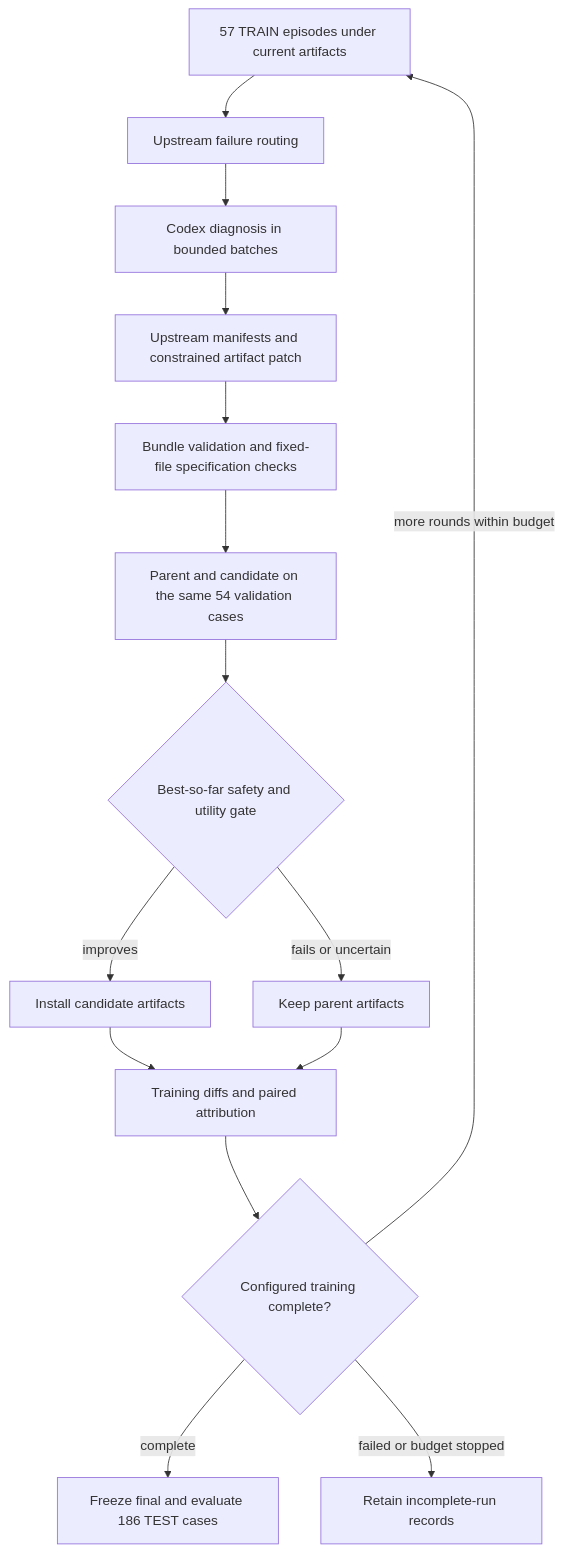
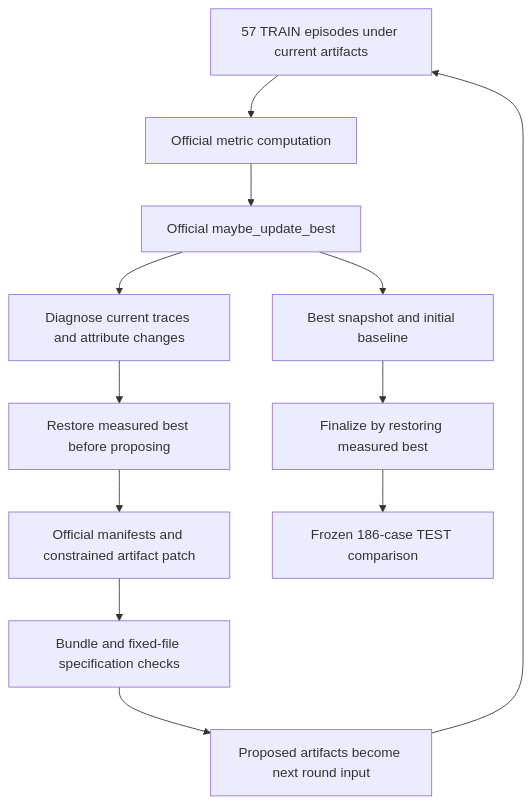
The diagram in docs/methods/she.md (andylinx/hermit), drawn with Mermaid before and after one commit. The commit also changed other lines of this file and 10 other files, not shown here.

Commit message:
Use official SHE TRAIN metrics and best-harness selection lifecycle

````diff
--- a/docs/methods/she.md
+++ b/docs/methods/she.md
@@ -14,17 +14,14 @@
 ```mermaid
 flowchart TD
-  A[57 TRAIN episodes under current artifacts] --> B[Upstream failure routing]
-  B --> C[Codex diagnosis in bounded batches]
-  C --> D[Upstream manifests and constrained artifact patch]
-  D --> E[Bundle validation and fixed-file specification checks]
-  E --> F[Parent and candidate on the same 54 validation cases]
-  F --> G{Best-so-far safety and utility gate}
-  G -->|improves| H[Install candidate artifacts]
-  G -->|fails or uncertain| I[Keep parent artifacts]
-  H --> J[Training diffs and paired attribution]
-  I --> J
-  J --> R{Configured training complete?}
-  R -->|more rounds within budget| A
-  R -->|complete| K[Freeze final and evaluate 186 TEST cases]
-  R -->|failed or budget stopped| L[Retain incomplete-run records]
+  A[57 TRAIN episodes under current artifacts] --> B[Official metric computation]
+  B --> C[Official maybe_update_best]
+  C --> D[Diagnose current traces and attribute changes]
+  D --> E[Restore measured best before proposing]
+  E --> F[Official manifests and constrained artifact patch]
+  F --> G[Bundle and fixed-file specification checks]
+  G --> H[Proposed artifacts become next round input]
+  H --> A
+  C --> I[Best snapshot and initial baseline]
+  I --> J[Finalize by restoring measured best]
+  J --> K[Frozen 186-case TEST comparison]
 ```
````
